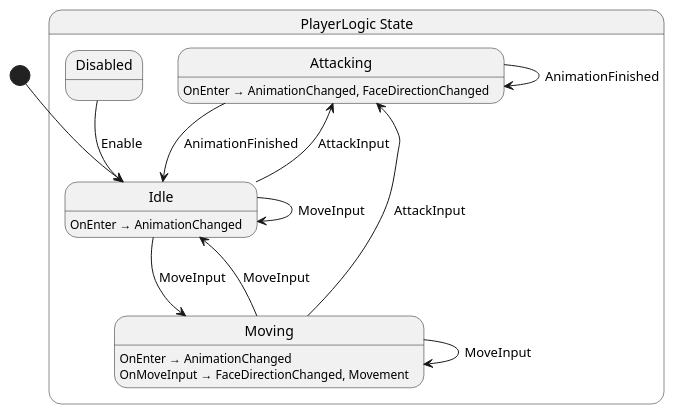
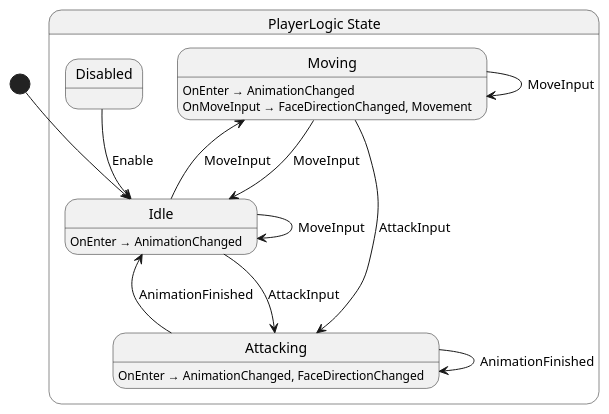
One commit to Nilsiker/Adventure changed the diagram in src/player/state/PlayerLogic.g.puml. Above: the diagram before and after it, drawn with PlantUML. The commit also changed other lines of this file and 3 other files, not shown here.

```diff
--- a/src/player/state/PlayerLogic.g.puml
+++ b/src/player/state/PlayerLogic.g.puml
@@ -1,25 +1,25 @@
 @startuml PlayerLogic
 state "PlayerLogic State" as Shellguard_Player_State_PlayerLogic_State {
-  state "Attacking" as Shellguard_Player_State_PlayerLogic_State_Attacking
+  state "Moving" as Shellguard_Player_State_PlayerLogic_State_Moving
   state "Disabled" as Shellguard_Player_State_PlayerLogic_State_Disabled
   state "Idle" as Shellguard_Player_State_PlayerLogic_State_Idle
-  state "Moving" as Shellguard_Player_State_PlayerLogic_State_Moving
+  state "Attacking" as Shellguard_Player_State_PlayerLogic_State_Attacking
 }
 
 Shellguard_Player_State_PlayerLogic_State_Attacking --> Shellguard_Player_State_PlayerLogic_State_Attacking : AnimationFinished
 Shellguard_Player_State_PlayerLogic_State_Attacking --> Shellguard_Player_State_PlayerLogic_State_Idle : AnimationFinished
 Shellguard_Player_State_PlayerLogic_State_Disabled --> Shellguard_Player_State_PlayerLogic_State_Idle : Enable
 Shellguard_Player_State_PlayerLogic_State_Idle --> Shellguard_Player_State_PlayerLogic_State_Attacking : AttackInput
 Shellguard_Player_State_PlayerLogic_State_Idle --> Shellguard_Player_State_PlayerLogic_State_Idle : MoveInput
 Shellguard_Player_State_PlayerLogic_State_Idle --> Shellguard_Player_State_PlayerLogic_State_Moving : MoveInput
 Shellguard_Player_State_PlayerLogic_State_Moving --> Shellguard_Player_State_PlayerLogic_State_Attacking : AttackInput
 Shellguard_Player_State_PlayerLogic_State_Moving --> Shellguard_Player_State_PlayerLogic_State_Idle : MoveInput
 Shellguard_Player_State_PlayerLogic_State_Moving --> Shellguard_Player_State_PlayerLogic_State_Moving : MoveInput
 
 Shellguard_Player_State_PlayerLogic_State_Attacking : OnEnter → AnimationChanged, FaceDirectionChanged
 Shellguard_Player_State_PlayerLogic_State_Idle : OnEnter → AnimationChanged
 Shellguard_Player_State_PlayerLogic_State_Moving : OnEnter → AnimationChanged
 Shellguard_Player_State_PlayerLogic_State_Moving : OnMoveInput → FaceDirectionChanged, Movement
 
 [*] --> Shellguard_Player_State_PlayerLogic_State_Idle
 @enduml
```
